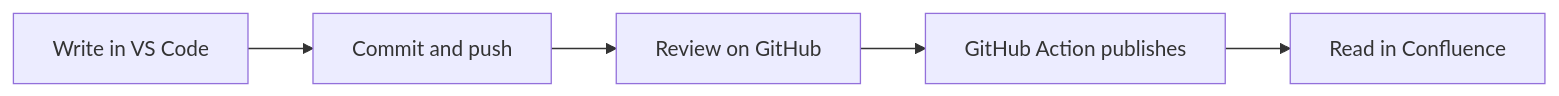
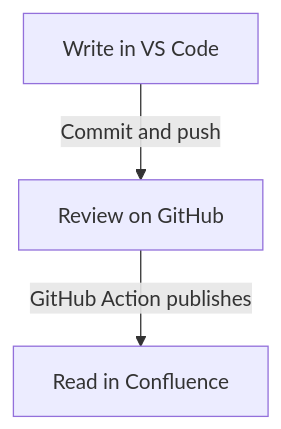
One commit to Markdown-here/markdown changed the diagram in course/markdown-101/editions/microsoft-slides.md. Above: the diagram before and after it, drawn with Mermaid. The commit also changed other lines of this file and 2 other files, not shown here.

Commit message:
Draw the Confluence publishing diagram on the slide
Roles become the node IDs (org_dept_*) and actions go in the boxes,
with commit-and-push and the publishing Action on the arrows. The flow
now runs top to bottom. Marp can't draw Mermaid, so the slide shows an
SVG exported from media/confluence-publishing-flow.mmd beside the code.

Claude-Session: https://claude.ai/code/session_01EPHxHbkD7CWkuhqoTmfmR1

````diff
--- a/course/markdown-101/editions/microsoft-slides.md
+++ b/course/markdown-101/editions/microsoft-slides.md
@@ -252,7 +254,8 @@
 ```mermaid
-flowchart LR
-    A[Write in VS Code] --> B[Commit and push]
-    B --> C[Review on GitHub]
-    C --> D[GitHub Action publishes]
-    D --> E[Read in Confluence]
+flowchart TB
+    org_dept_BusinessAnalyst[Write in VS Code]
+    org_dept_Manager[Review on GitHub]
+    org_dept_ProjectTeamMember[Read in Confluence]
+    org_dept_BusinessAnalyst -->|Commit and push| org_dept_Manager
+    org_dept_Manager -->|GitHub Action publishes| org_dept_ProjectTeamMember
 ```
````
